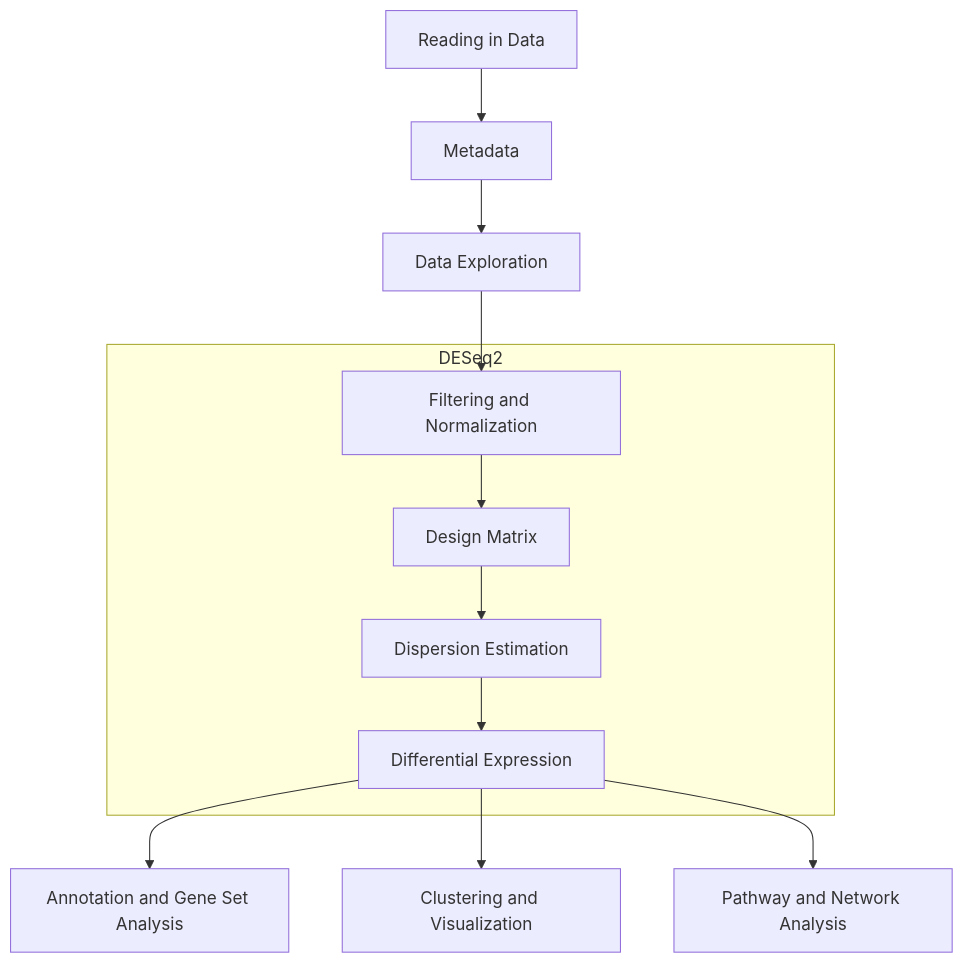
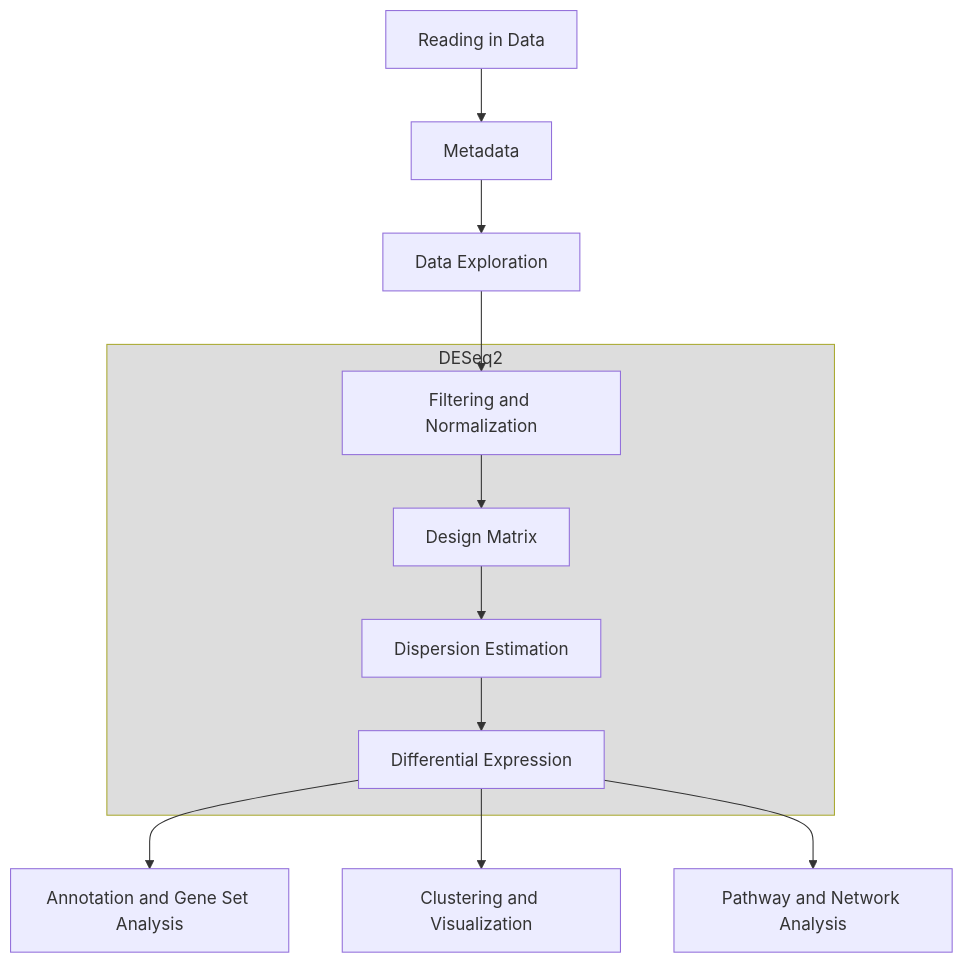
One commit to fhdsl/bioconductor_genomics changed the diagram in 03-differential-expression.qmd. Above: the diagram before and after it, drawn with Mermaid. The commit also changed other lines of this file and 1 other file, not shown here.

````diff
--- a/03-differential-expression.qmd
+++ b/03-differential-expression.qmd
@@ -104,15 +101,17 @@
 ```{mermaid}
 graph TD
 A[Reading in Data] --> B
 B[Metadata] --> C
 C[Data Exploration] --> D
-subgraph "DESeq2"
+subgraph DESeq2
 D[Filtering and Normalization] --> E
 E[Design Matrix] --> F
 F[Dispersion Estimation] --> G
 G[Differential Expression]
 end
 G --> H[Annotation and Gene Set Analysis]
 G --> I[Clustering and Visualization]
 G --> J[Pathway and Network Analysis]
+classDef box fill:#DDD
+class DESeq2 box
 ```
````
